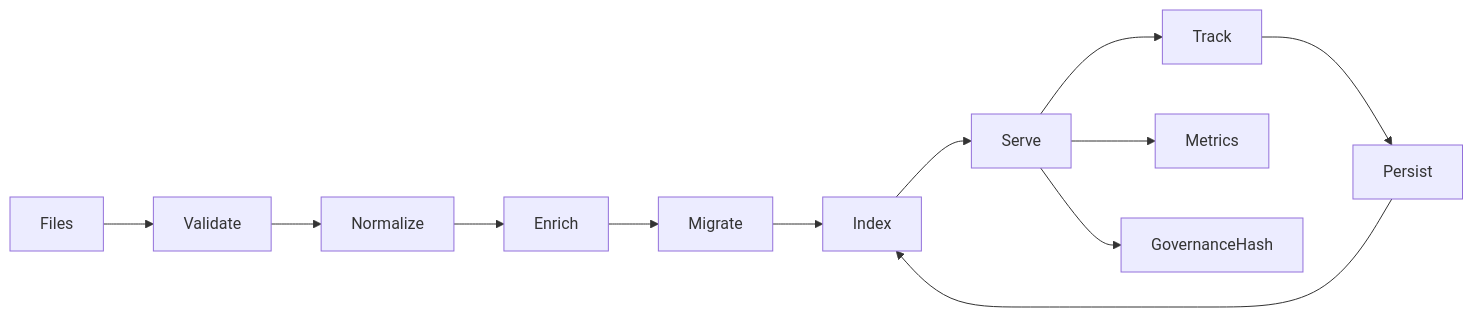
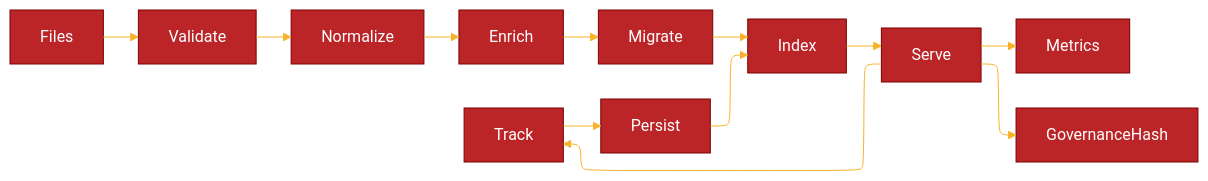
The second of 5 diagrams in docs/ARCHITECTURE.md (jagilber-org/mcp-index-server), drawn with Mermaid before and after one commit. The commit also changed other lines of this file and 168 other files, not shown here.

````diff
--- a/docs/ARCHITECTURE.md
+++ b/docs/ARCHITECTURE.md
@@ -41,6 +42,7 @@
 ```mermaid
+%%{init: { 'theme': 'base', 'themeVariables': { 'darkMode': 'true', 'primaryColor': '#BB2528', 'primaryTextColor': '#ffffff', 'primaryBorderColor': '#7C0000', 'lineColor': '#F8B229', 'secondaryColor': '#006100', 'tertiaryColor': '#ffffff', 'fontSize': '16px', 'fontFamily': 'trebuchet ms, Verdana, arial' }, 'layout': 'elk' } }%%
 graph LR
   Files --> Validate --> Normalize --> Enrich --> Migrate --> Index --> Serve --> Track --> Persist --> Index
   Serve --> Metrics
   Serve --> GovernanceHash
 ```
````
